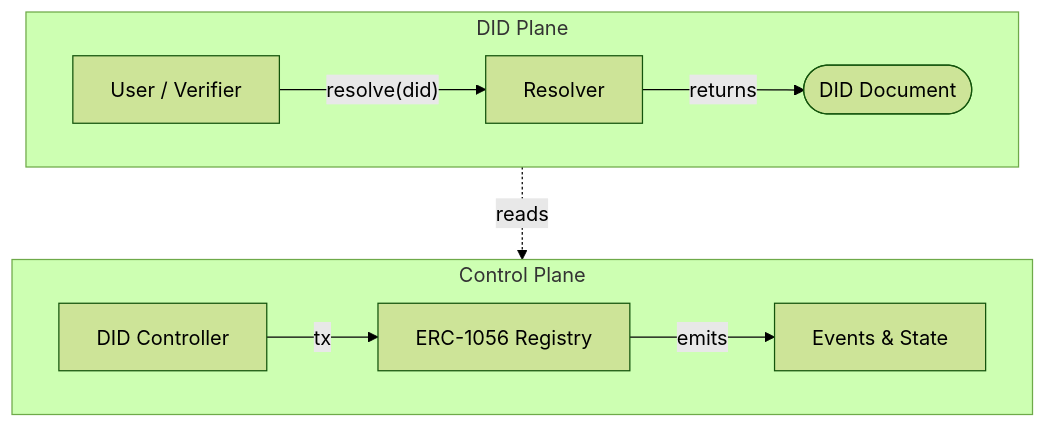
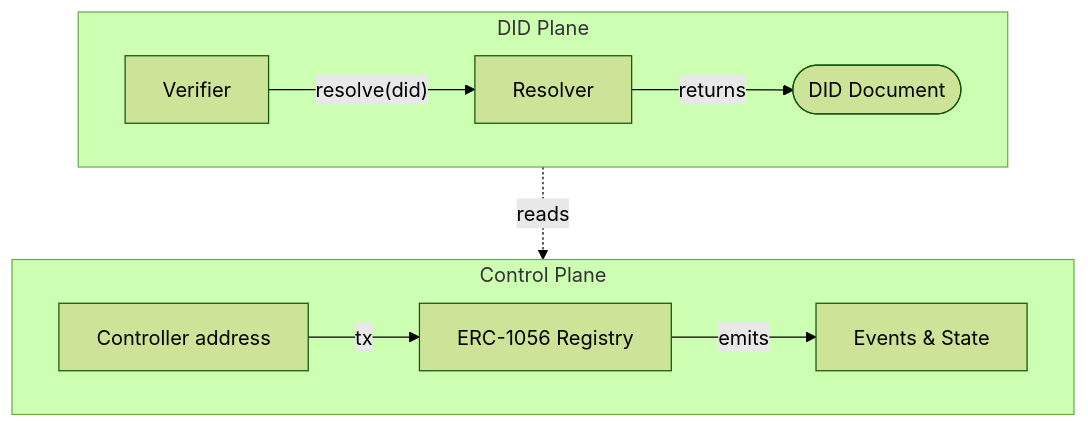
One commit to mirceanis/ethr-intro changed the fourth of 4 diagrams in slides.md. Above: the diagram before and after it, drawn with Mermaid (forest theme). The commit also changed other lines of this file, not shown here.

````diff
--- a/slides.md
+++ b/slides.md
@@ -584,14 +585,14 @@
 ```mermaid
 flowchart TB
     subgraph did["DID Plane"]
         direction LR
-        user["User / Verifier"] -->|"resolve(did)"| resolver["Resolver"]
+        user["Verifier"] -->|"resolve(did)"| resolver["Resolver"]
         resolver -->|"returns"| doc(["DID Document"])
     end
     subgraph ctrl["Control Plane"]
         direction LR
-        controller["DID Controller"] -->|"tx"| registry["ERC-1056 Registry"]
+        controller["Controller address"] -->|"tx"| registry["ERC-1056 Registry"]
         registry -->|"emits"| events["Events & State"]
     end
     resolver -.->|"reads"| events
 ```
````
